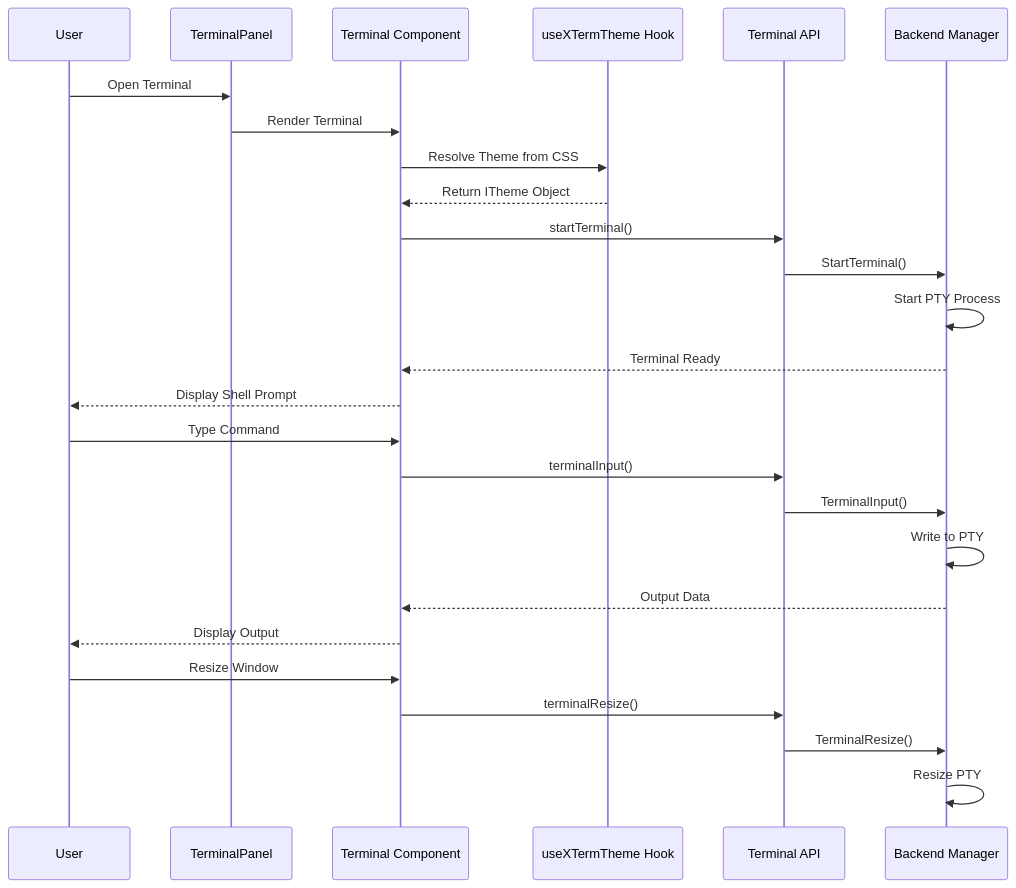
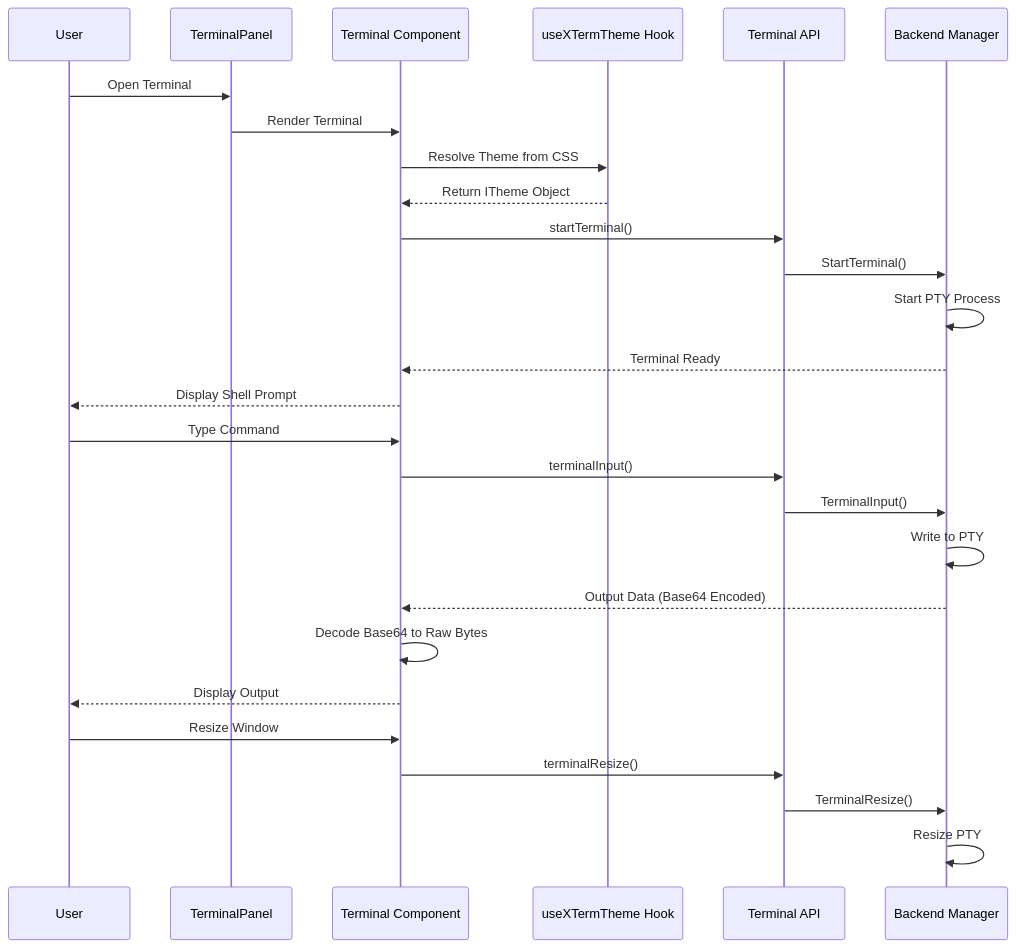
One commit to v0lka/c0wrk changed the third of 13 diagrams in .qoder/repowiki/en/content/Frontend Application/Terminal Emulation System.md. Above: the diagram before and after it, drawn with Mermaid. The commit also changed other lines of this file and 5 other files, not shown here.

````diff
--- a/.qoder/repowiki/en/content/Frontend Application/Terminal Emulation System.md
+++ b/.qoder/repowiki/en/content/Frontend Application/Terminal Emulation System.md
@@ -145,28 +153,29 @@
 ```mermaid
 sequenceDiagram
 participant User as User
 participant Panel as TerminalPanel
 participant Term as Terminal Component
 participant ThemeHook as useXTermTheme Hook
 participant API as Terminal API
 participant Backend as Backend Manager
 User->>Panel : Open Terminal
 Panel->>Term : Render Terminal
 Term->>ThemeHook : Resolve Theme from CSS
 ThemeHook-->>Term : Return ITheme Object
 Term->>API : startTerminal()
 API->>Backend : StartTerminal()
 Backend->>Backend : Start PTY Process
 Backend-->>Term : Terminal Ready
 Term-->>User : Display Shell Prompt
 User->>Term : Type Command
 Term->>API : terminalInput()
 API->>Backend : TerminalInput()
 Backend->>Backend : Write to PTY
-Backend-->>Term : Output Data
+Backend-->>Term : Output Data (Base64 Encoded)
+Term->>Term : Decode Base64 to Raw Bytes
 Term-->>User : Display Output
 User->>Term : Resize Window
 Term->>API : terminalResize()
 API->>Backend : TerminalResize()
 Backend->>Backend : Resize PTY
 ```
````
